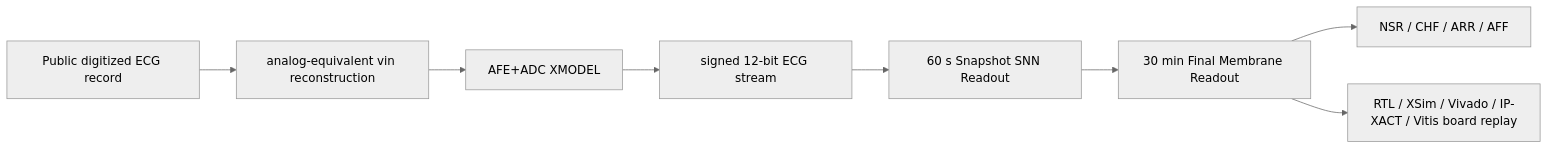
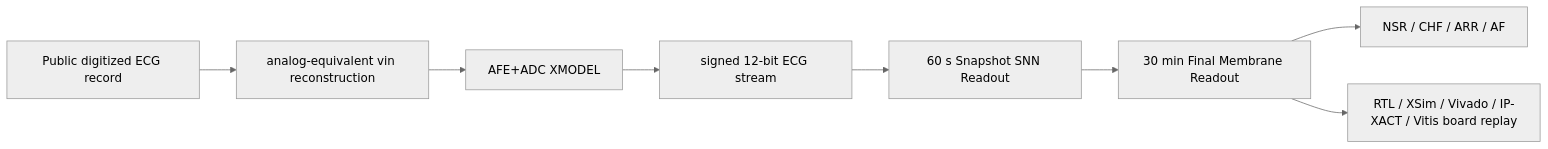
One commit to Sheep-gun/ECG-SoC-Integrated changed the diagram in components/afe_xmodel/digital_block/README_upstream.md. Above: the diagram before and after it, drawn with Mermaid (neutral theme). The commit also changed other lines of this file and 626 other files, not shown here.

````diff
--- a/components/afe_xmodel/digital_block/README_upstream.md
+++ b/components/afe_xmodel/digital_block/README_upstream.md
@@ -15,10 +15,10 @@
 ```mermaid
 flowchart LR
     A["Public digitized ECG record"] --> B["analog-equivalent vin reconstruction"]
     B --> C["AFE+ADC XMODEL"]
     C --> D["signed 12-bit ECG stream"]
     D --> E["60 s Snapshot SNN Readout"]
     E --> F["30 min Final Membrane Readout"]
-    F --> G["NSR / CHF / ARR / AFF"]
+    F --> G["NSR / CHF / ARR / AF"]
     F --> H["RTL / XSim / Vivado / IP-XACT / Vitis board replay"]
 ```
````
